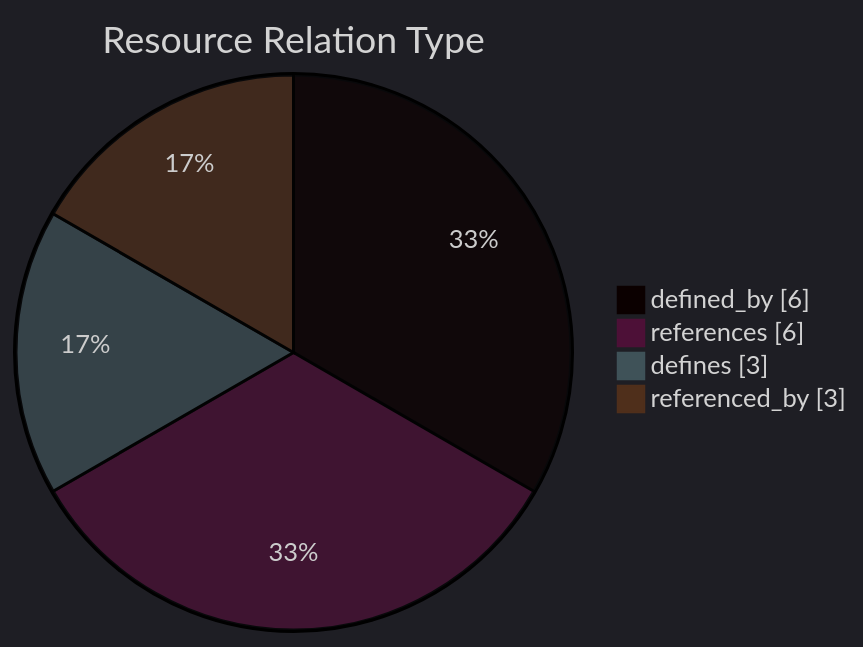
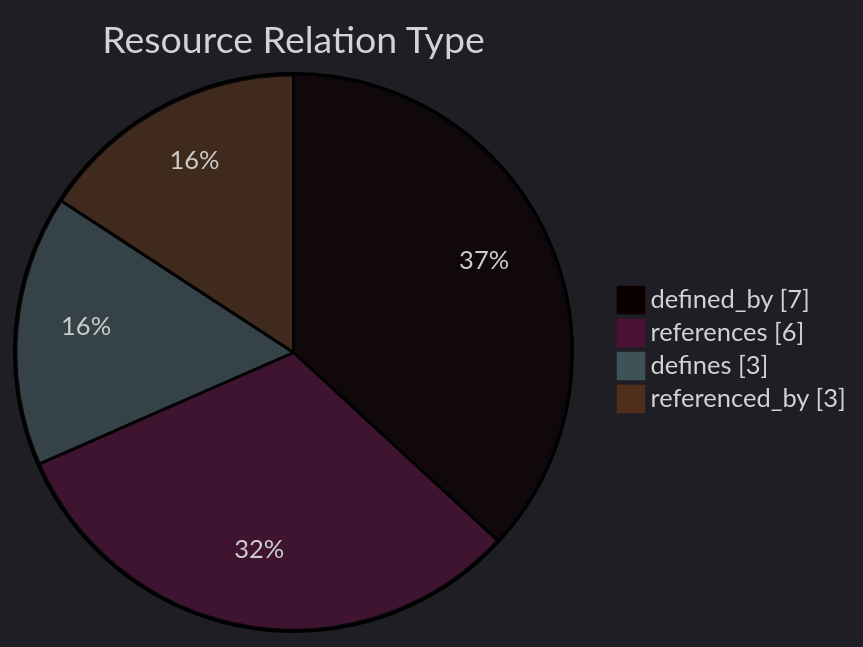
Before and after one commit to open-data/analytics-corporate-reporting: the diagram in datastore_tracker/resource_relation_type_pie_chart.md, drawn with Mermaid. The commit also changed 15 other files, not shown here.

````diff
--- a/datastore_tracker/resource_relation_type_pie_chart.md
+++ b/datastore_tracker/resource_relation_type_pie_chart.md
@@ -2,11 +2,11 @@
 ```mermaid
 ---
 config:
   theme: dark
 ---
 pie showData title Resource Relation Type
-    "defined_by": 6
+    "defined_by": 7
     "references": 6
     "defines": 3
     "referenced_by": 3
 ```
````
